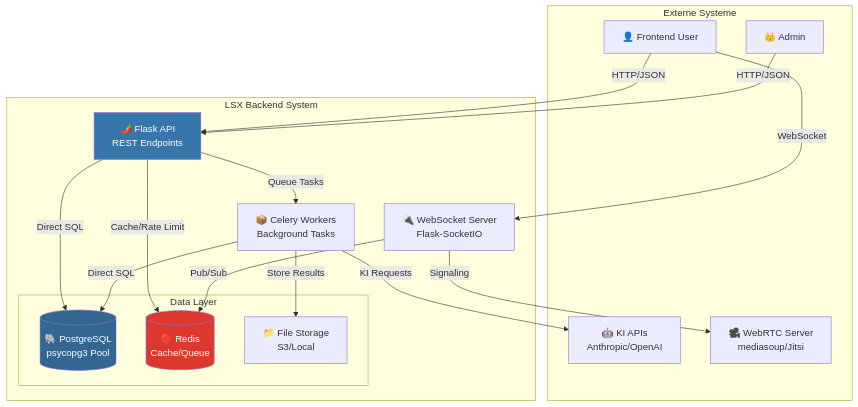
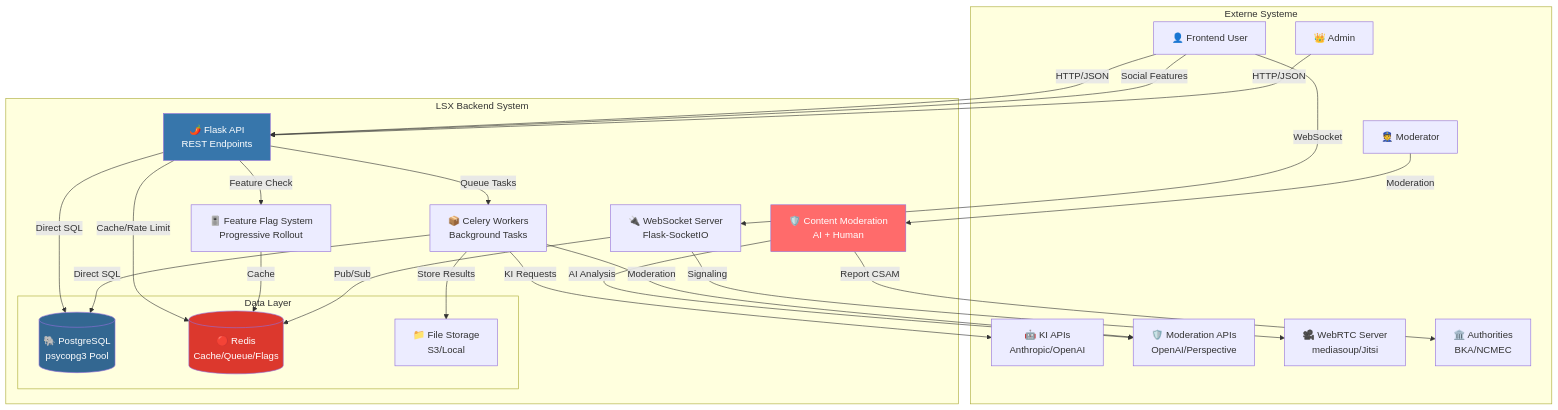
The first of 3 diagrams in LernsystemX-Doku/05_Technical/05_Backend-Struktur.md (flokflok1/lernseite), drawn with Mermaid before and after one commit. The commit also changed other lines of this file and 1017 other files, not shown here.

````diff
--- a/LernsystemX-Doku/05_Technical/05_Backend-Struktur.md
+++ b/LernsystemX-Doku/05_Technical/05_Backend-Struktur.md
@@ -35,40 +48,54 @@
 ```mermaid
 graph TB
     subgraph "Externe Systeme"
         USER[👤 Frontend User]
         ADMIN[👑 Admin]
+        MODERATOR[👮 Moderator]
         KI_API[🤖 KI APIs<br/>Anthropic/OpenAI]
+        MODERATION_API[🛡️ Moderation APIs<br/>OpenAI/Perspective]
         WEBRTC[🎥 WebRTC Server<br/>mediasoup/Jitsi]
+        AUTHORITIES[🏛️ Authorities<br/>BKA/NCMEC]
     end
 
     subgraph "LSX Backend System"
         API[🌶️ Flask API<br/>REST Endpoints]
         CELERY[📦 Celery Workers<br/>Background Tasks]
         SOCKET[🔌 WebSocket Server<br/>Flask-SocketIO]
+        MODERATION[🛡️ Content Moderation<br/>AI + Human]
+        FEATURE_FLAGS[🎚️ Feature Flag System<br/>Progressive Rollout]
 
         subgraph "Data Layer"
             DB[(🐘 PostgreSQL<br/>psycopg3 Pool)]
-            REDIS[(🔴 Redis<br/>Cache/Queue)]
+            REDIS[(🔴 Redis<br/>Cache/Queue/Flags)]
             STORAGE[📁 File Storage<br/>S3/Local]
         end
     end
 
     USER -->|HTTP/JSON| API
+    USER -->|Social Features| API
     ADMIN -->|HTTP/JSON| API
+    MODERATOR -->|Moderation| MODERATION
     USER -->|WebSocket| SOCKET
 
+    API -->|Feature Check| FEATURE_FLAGS
     API -->|Direct SQL| DB
     API -->|Cache/Rate Limit| REDIS
     API -->|Queue Tasks| CELERY
 
+    FEATURE_FLAGS -->|Cache| REDIS
+    MODERATION -->|AI Analysis| MODERATION_API
+    MODERATION -->|Report CSAM| AUTHORITIES
+
     CELERY -->|Direct SQL| DB
     CELERY -->|KI Requests| KI_API
     CELERY -->|Store Results| STORAGE
+    CELERY -->|Moderation| MODERATION_API
 
     SOCKET -->|Pub/Sub| REDIS
     SOCKET -->|Signaling| WEBRTC
 
     style DB fill:#336791,color:#fff
     style REDIS fill:#DC382D,color:#fff
     style API fill:#3776AB,color:#fff
+    style MODERATION fill:#FF6B6B,color:#fff
 ```
````
